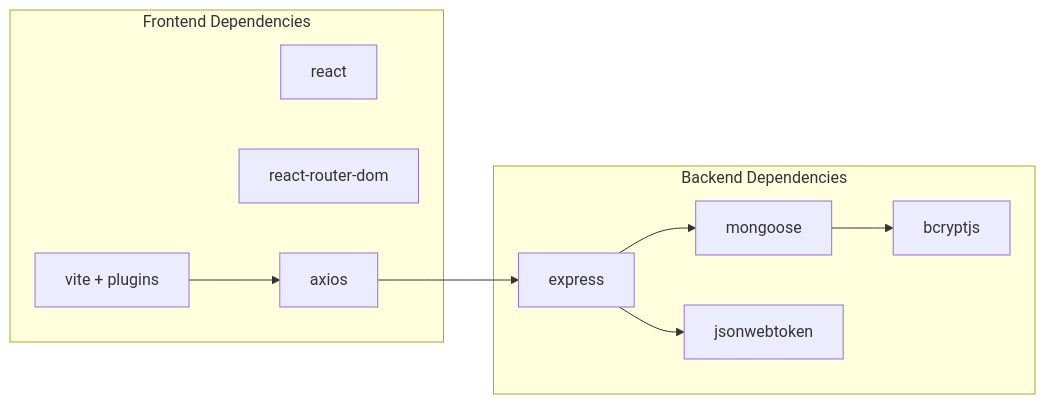
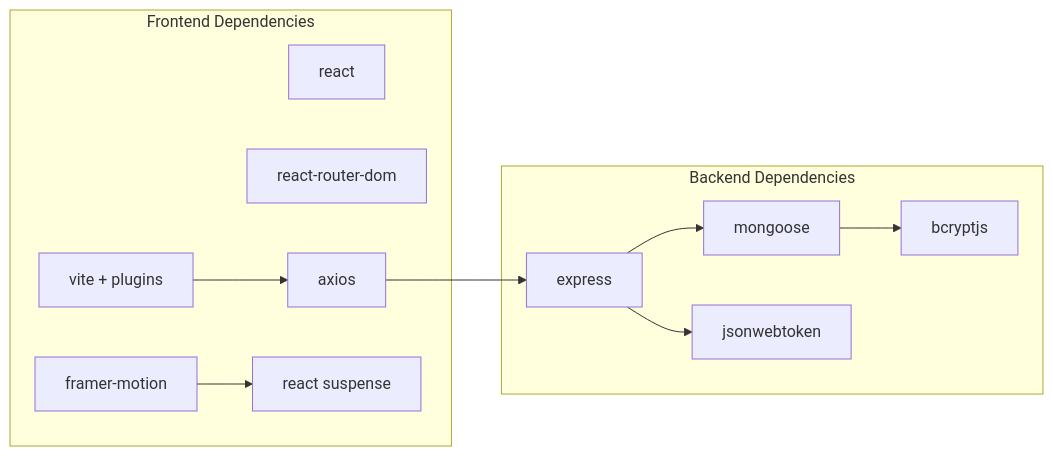
Before and after one commit to Pavan-PSPK9032/TrendsandToss: the third of 3 diagrams in .qoder/repowiki/en/content/Performance Optimization/Performance Optimization.md, drawn with Mermaid. The commit also changed other lines of this file and 27 other files, not shown here.

````diff
--- a/.qoder/repowiki/en/content/Performance Optimization/Performance Optimization.md
+++ b/.qoder/repowiki/en/content/Performance Optimization/Performance Optimization.md
@@ -258,20 +304,23 @@
 ```mermaid
 graph LR
 subgraph "Frontend Dependencies"
 F_React["react"]
 F_Router["react-router-dom"]
 F_Axios["axios"]
 F_Vite["vite + plugins"]
+F_Framer["framer-motion"]
+F_Suspense["react suspense"]
 end
 subgraph "Backend Dependencies"
 B_Express["express"]
 B_Mongoose["mongoose"]
 B_JWT["jsonwebtoken"]
 B_Bcrypt["bcryptjs"]
 end
 F_Axios --> B_Express
 F_Vite --> F_Axios
+F_Framer --> F_Suspense
 B_Express --> B_Mongoose
 B_Express --> B_JWT
 B_Mongoose --> B_Bcrypt
 ```
````
